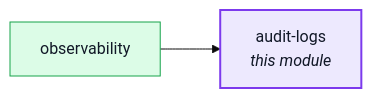
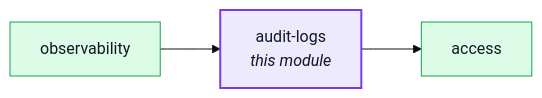
Before and after one commit to Guebbit/boilerplate-node-backend: the first of 2 diagrams in docs/modules/audit-logs.md, drawn with Mermaid (base theme). The commit also changed 40 other files, not shown here.

````diff
--- a/docs/modules/audit-logs.md
+++ b/docs/modules/audit-logs.md
@@ -16,15 +16,17 @@
 ```mermaid
 %%{init: {'flowchart': {'nodeSpacing': 30, 'rankSpacing': 60}}}%%
 flowchart LR
     audit_logs["audit-logs<br/><i>this module</i>"]
+    access["access"]
     observability["observability"]
 
     observability --> audit_logs
+    audit_logs --> access
 
     classDef core fill:#dbeafe,stroke:#2563eb,color:#111827;
     classDef supporting fill:#fef3c7,stroke:#d97706,color:#111827;
     classDef generic fill:#dcfce7,stroke:#16a34a,color:#111827;
     classDef centre fill:#ede9fe,stroke:#7c3aed,stroke-width:2px,color:#111827;
-    class observability generic;
+    class access,observability generic;
     class audit_logs centre;
 ```
````
